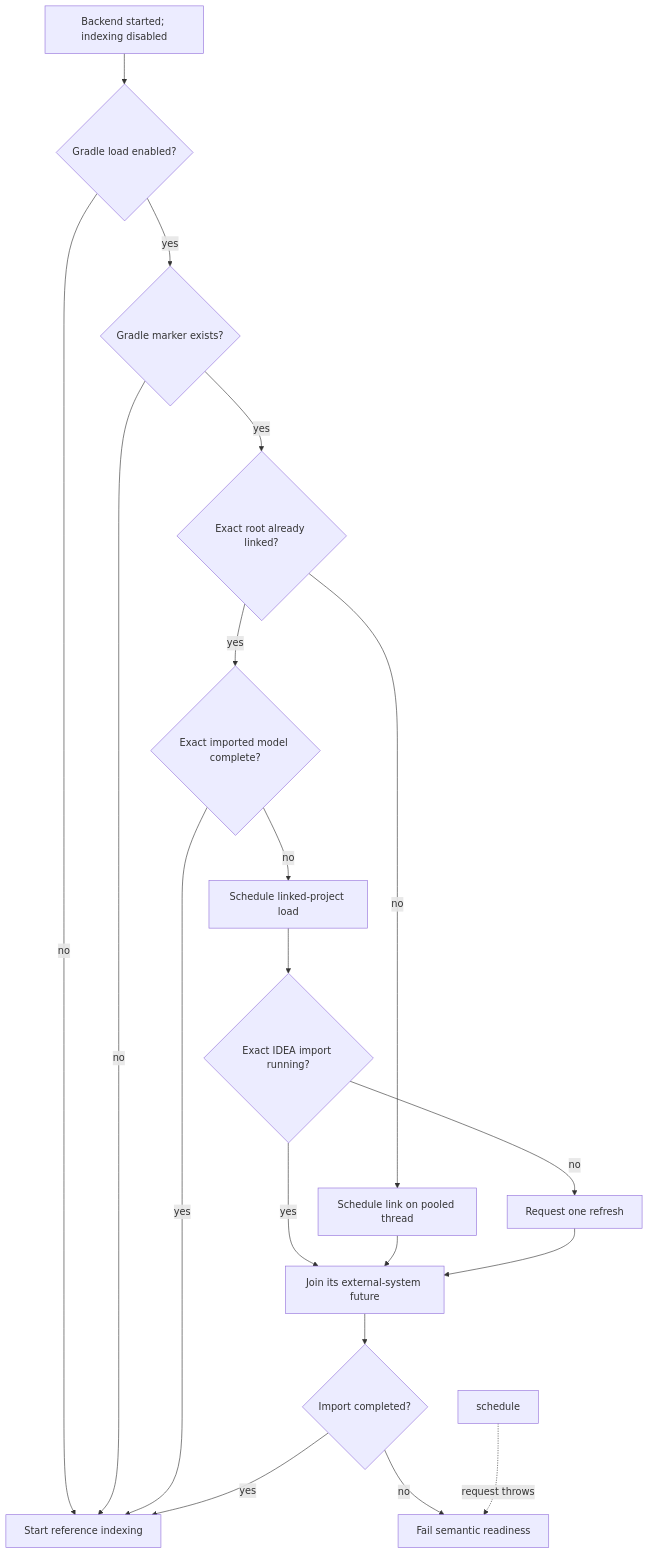
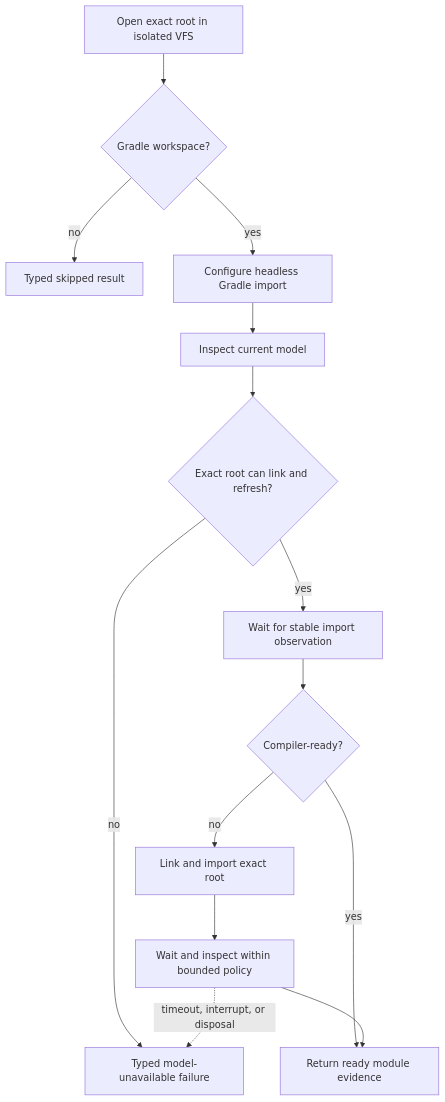
Before and after one commit to amichne/kast: the diagram in docs/internal/idea-integration/flows/gradle-sync.md, drawn with Mermaid. The commit also changed other lines of this file and 352 other files, not shown here.

First line of the commit message:
feat: make headless runtime the sole semantic authority

````diff
--- a/docs/internal/idea-integration/flows/gradle-sync.md
+++ b/docs/internal/idea-integration/flows/gradle-sync.md
@@ -19,21 +20,16 @@
 ```mermaid
 flowchart TD
-    start["Backend started; indexing disabled"] --> enabled{"Gradle load enabled?"}
-    enabled -- "no" --> index["Start reference indexing"]
-    enabled -- "yes" --> marker{"Gradle marker exists?"}
-    marker -- "no" --> index
-    marker -- "yes" --> linked{"Exact root already linked?"}
-    linked -- "no" --> scheduleLink["Schedule link on pooled thread"]
-    linked -- "yes" --> completeModel{"Exact imported model complete?"}
-    completeModel -- "yes" --> index
-    completeModel -- "no" --> scheduleRefresh["Schedule linked-project load"]
-    scheduleRefresh --> active{"Exact IDEA import running?"}
-    active -- "yes" --> future["Join its external-system future"]
-    active -- "no" --> refresh["Request one refresh"]
-    scheduleLink --> future
-    refresh --> future
-    future --> complete{"Import completed?"}
-    complete -- "yes" --> index
-    complete -- "no" --> fail["Fail semantic readiness"]
-    schedule -. "request throws" .-> fail
+    open["Open exact root in isolated VFS"] --> kind{"Gradle workspace?"}
+    kind -- "no" --> skipped["Typed skipped result"]
+    kind -- "yes" --> configure["Configure headless Gradle import"]
+    configure --> inspect["Inspect current model"]
+    inspect --> linkable{"Exact root can link and refresh?"}
+    linkable -- "no" --> fail["Typed model-unavailable failure"]
+    linkable -- "yes" --> settle["Wait for stable import observation"]
+    settle --> ready{"Compiler-ready?"}
+    ready -- "yes" --> admit["Return ready module evidence"]
+    ready -- "no" --> import["Link and import exact root"]
+    import --> settleAgain["Wait and inspect within bounded policy"]
+    settleAgain --> admit
+    settleAgain -. "timeout, interrupt, or disposal" .-> fail
 ```
````
